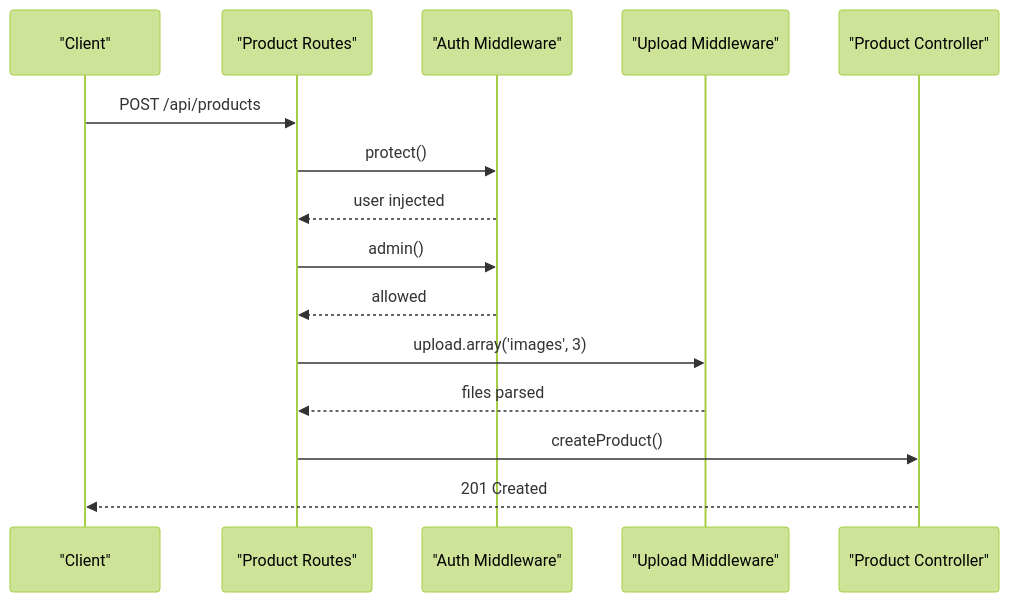
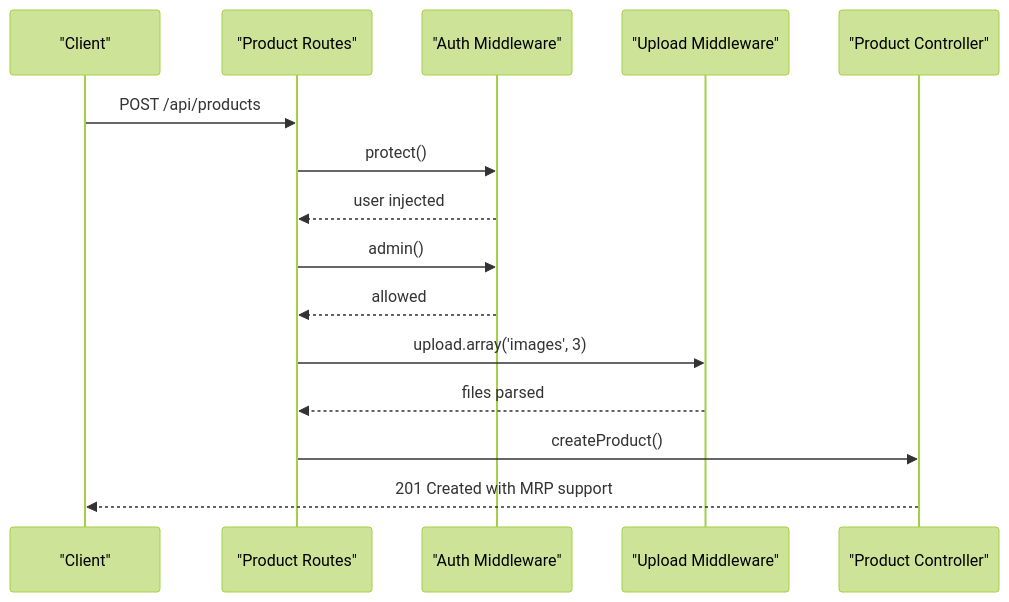
The fifth of 9 diagrams in .qoder/repowiki/en/content/Database Schemas & Models/Product Model.md (Pavan-PSPK9032/TrendsandToss), drawn with Mermaid (forest theme) before and after one commit. The commit also changed other lines of this file and 24 other files, not shown here.

````diff
--- a/.qoder/repowiki/en/content/Database Schemas & Models/Product Model.md
+++ b/.qoder/repowiki/en/content/Database Schemas & Models/Product Model.md
@@ -254,17 +284,17 @@
 ```mermaid
 sequenceDiagram
 participant Client as "Client"
 participant Router as "Product Routes"
 participant Auth as "Auth Middleware"
 participant Upload as "Upload Middleware"
 participant Controller as "Product Controller"
 Client->>Router : POST /api/products
 Router->>Auth : protect()
 Auth-->>Router : user injected
 Router->>Auth : admin()
 Auth-->>Router : allowed
 Router->>Upload : upload.array('images', 3)
 Upload-->>Router : files parsed
 Router->>Controller : createProduct()
-Controller-->>Client : 201 Created
+Controller-->>Client : 201 Created with MRP support
 ```
````
